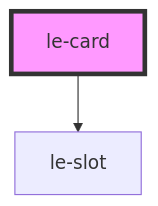
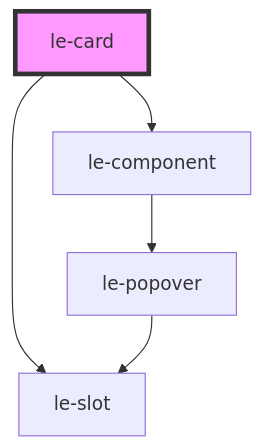
The diagram in src/components/le-card/readme.md (leechy/le-kit), drawn with Mermaid before and after one commit. The commit also changed other lines of this file and 14 other files, not shown here.

````diff
--- a/src/components/le-card/readme.md
+++ b/src/components/le-card/readme.md
@@ -50,5 +51,8 @@
 ```mermaid
 graph TD;
+  le-card --> le-component
   le-card --> le-slot
+  le-component --> le-popover
+  le-popover --> le-slot
   style le-card fill:#f9f,stroke:#333,stroke-width:4px
 ```
````
